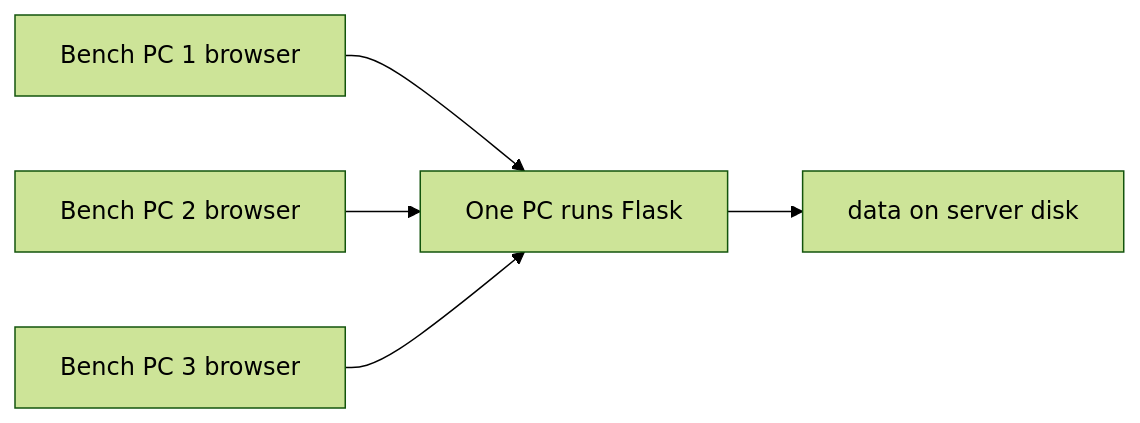
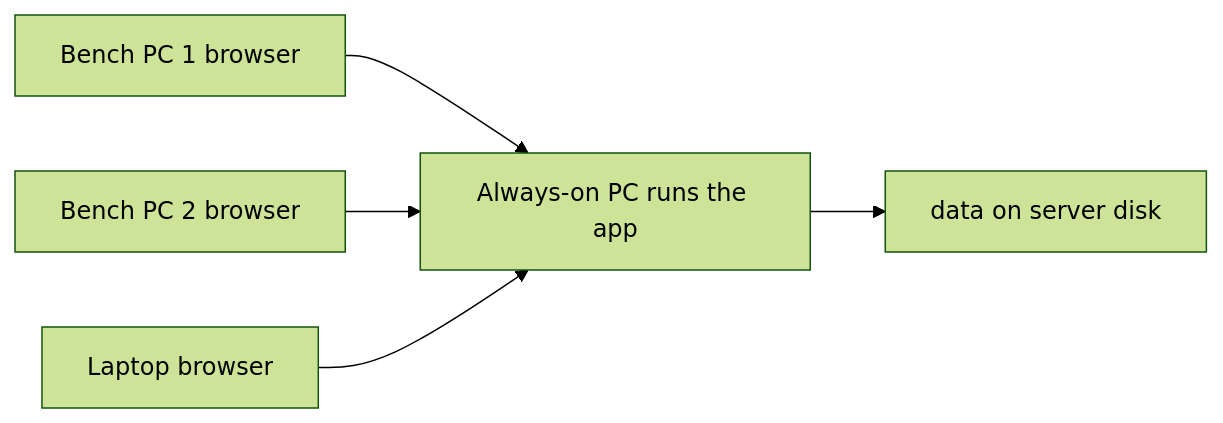
The diagram in docs/MULTI_COMPUTER.md (wischmi2/BOM_Builder), drawn with Mermaid (forest theme) before and after one commit. The commit also changed other lines of this file and 26 other files, not shown here.

````diff
--- a/docs/MULTI_COMPUTER.md
+++ b/docs/MULTI_COMPUTER.md
@@ -21,7 +21,7 @@
 ```mermaid
 flowchart LR
   PC1[Bench PC 1 browser] --> Server
   PC2[Bench PC 2 browser] --> Server
-  PC3[Bench PC 3 browser] --> Server
-  Server[One PC runs Flask] --> JSON[data on server disk]
+  Laptop[Laptop browser] --> Server
+  Server[Always-on PC runs the app] --> JSON[data on server disk]
 ```
````
